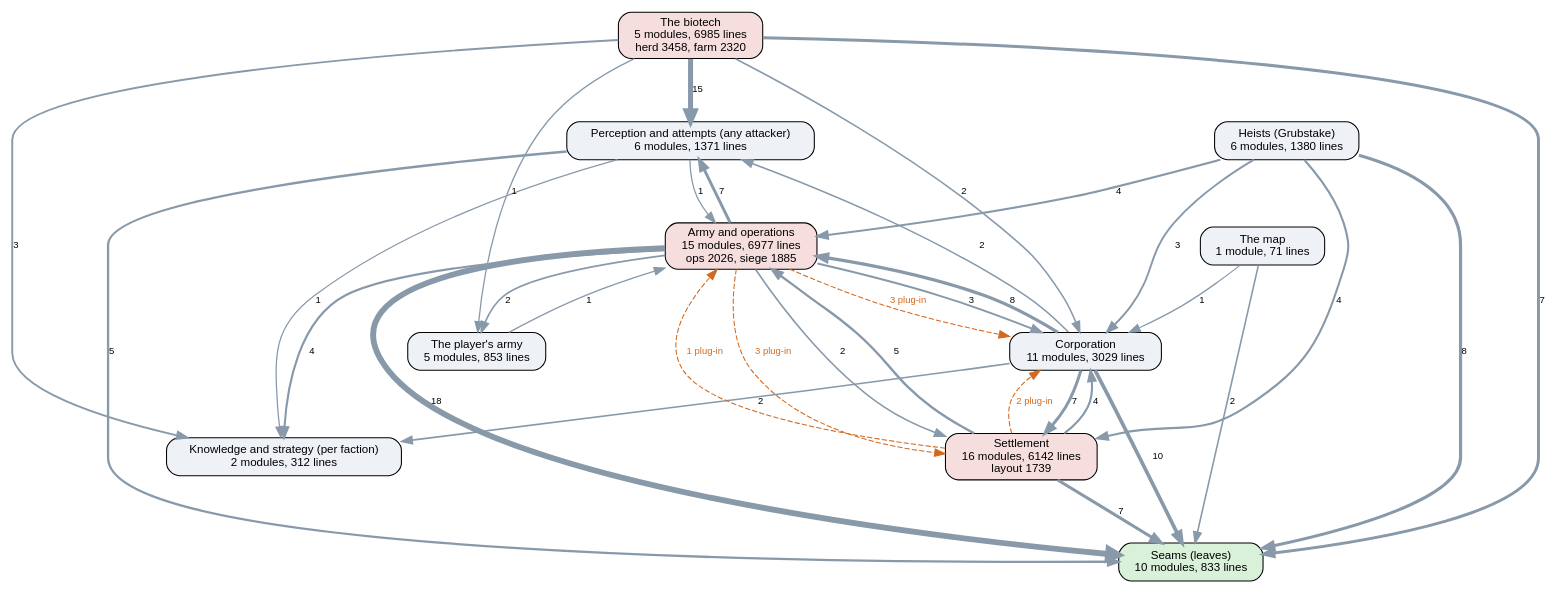
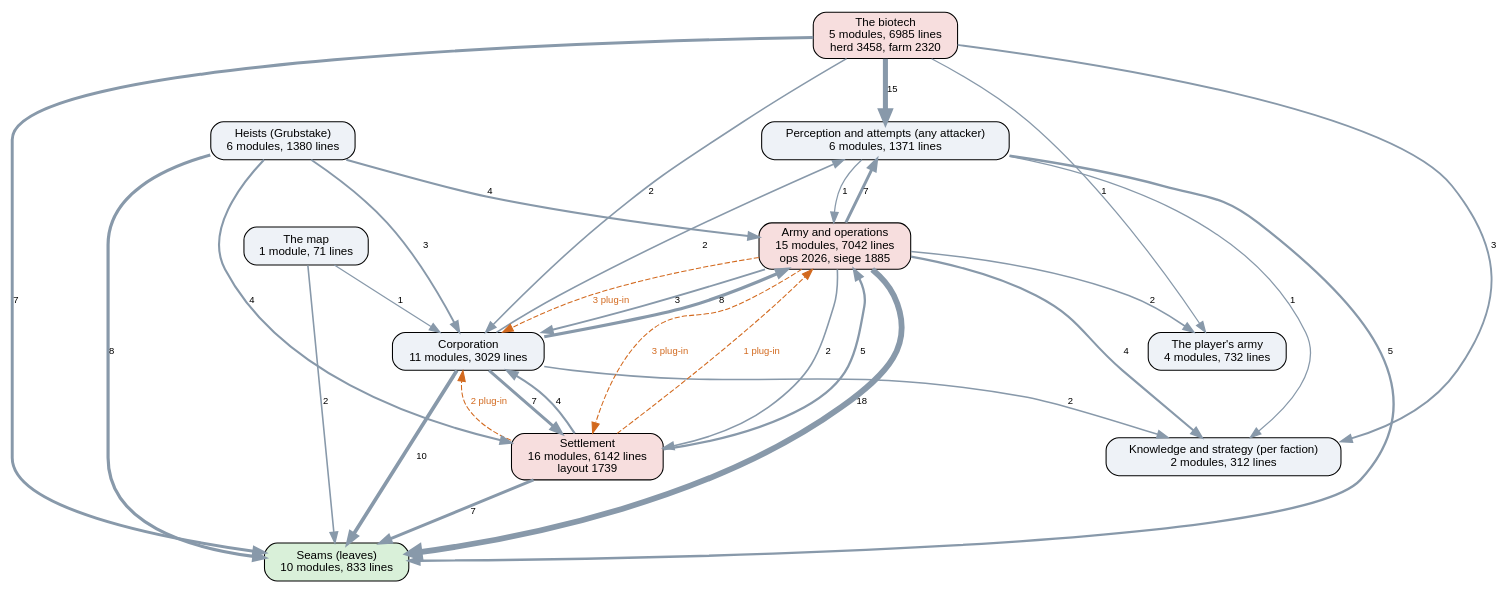
Before and after one commit to kinelhu/landing-party: the diagram in docs/ai-layers.dot, drawn with Graphviz. The commit also changed 19 other files, not shown here.

```diff
--- a/docs/ai-layers.dot
+++ b/docs/ai-layers.dot
@@ -1,48 +1,47 @@
 digraph layers {
   graph [rankdir=TB, fontname="Helvetica", nodesep=0.5, ranksep=0.7];
   node [shape=box, style="rounded,filled", fontname="Helvetica", fontsize=11, fillcolor="#eef2f7"];
   edge [color="#8899aa", fontname="Helvetica", fontsize=9];
   "Seams (leaves)" [label="Seams (leaves)\n10 modules, 833 lines", fillcolor="#d9f0d9"];
   "Perception and attempts (any attacker)" [label="Perception and attempts (any attacker)\n6 modules, 1371 lines", fillcolor="#eef2f7"];
   "Knowledge and strategy (per faction)" [label="Knowledge and strategy (per faction)\n2 modules, 312 lines", fillcolor="#eef2f7"];
   "Corporation" [label="Corporation\n11 modules, 3029 lines", fillcolor="#eef2f7"];
   "Settlement" [label="Settlement\n16 modules, 6142 lines\nlayout 1739", fillcolor="#f7dede"];
-  "Army and operations" [label="Army and operations\n15 modules, 6977 lines\nops 2026, siege 1885", fillcolor="#f7dede"];
+  "Army and operations" [label="Army and operations\n15 modules, 7042 lines\nops 2026, siege 1885", fillcolor="#f7dede"];
   "Heists (Grubstake)" [label="Heists (Grubstake)\n6 modules, 1380 lines", fillcolor="#eef2f7"];
   "The biotech" [label="The biotech\n5 modules, 6985 lines\nherd 3458, farm 2320", fillcolor="#f7dede"];
   "The map" [label="The map\n1 module, 71 lines", fillcolor="#eef2f7"];
-  "The player's army" [label="The player's army\n5 modules, 853 lines", fillcolor="#eef2f7"];
+  "The player's army" [label="The player's army\n4 modules, 732 lines", fillcolor="#eef2f7"];
   "Army and operations" -> "Corporation" [label="3", penwidth=1.8];
   "Army and operations" -> "Knowledge and strategy (per faction)" [label="4", penwidth=2.0];
   "Army and operations" -> "Perception and attempts (any attacker)" [label="7", penwidth=2.8];
   "Army and operations" -> "Seams (leaves)" [label="18", penwidth=5.5];
   "Army and operations" -> "Settlement" [label="2", penwidth=1.5];
   "Army and operations" -> "The player's army" [label="2", penwidth=1.5];
   "Corporation" -> "Army and operations" [label="8", penwidth=3.0];
   "Corporation" -> "Knowledge and strategy (per faction)" [label="2", penwidth=1.5];
   "Corporation" -> "Perception and attempts (any attacker)" [label="2", penwidth=1.5];
   "Corporation" -> "Seams (leaves)" [label="10", penwidth=3.5];
   "Corporation" -> "Settlement" [label="7", penwidth=2.8];
   "Heists (Grubstake)" -> "Army and operations" [label="4", penwidth=2.0];
   "Heists (Grubstake)" -> "Corporation" [label="3", penwidth=1.8];
   "Heists (Grubstake)" -> "Seams (leaves)" [label="8", penwidth=3.0];
   "Heists (Grubstake)" -> "Settlement" [label="4", penwidth=2.0];
   "Perception and attempts (any attacker)" -> "Army and operations" [label="1", penwidth=1.2];
   "Perception and attempts (any attacker)" -> "Knowledge and strategy (per faction)" [label="1", penwidth=1.2];
   "Perception and attempts (any attacker)" -> "Seams (leaves)" [label="5", penwidth=2.2];
   "Settlement" -> "Army and operations" [label="5", penwidth=2.2];
   "Settlement" -> "Corporation" [label="4", penwidth=2.0];
   "Settlement" -> "Seams (leaves)" [label="7", penwidth=2.8];
   "The biotech" -> "Corporation" [label="2", penwidth=1.5];
   "The biotech" -> "Knowledge and strategy (per faction)" [label="3", penwidth=1.8];
   "The biotech" -> "Perception and attempts (any attacker)" [label="15", penwidth=4.8];
   "The biotech" -> "Seams (leaves)" [label="7", penwidth=2.8];
   "The biotech" -> "The player's army" [label="1", penwidth=1.2];
   "The map" -> "Corporation" [label="1", penwidth=1.2];
   "The map" -> "Seams (leaves)" [label="2", penwidth=1.5];
-  "The player's army" -> "Army and operations" [label="1", penwidth=1.2];
   "Army and operations" -> "Corporation" [style=dashed, color="#d2691e", fontcolor="#d2691e", label="3 plug-in"];
   "Army and operations" -> "Settlement" [style=dashed, color="#d2691e", fontcolor="#d2691e", label="3 plug-in"];
   "Settlement" -> "Army and operations" [style=dashed, color="#d2691e", fontcolor="#d2691e", label="1 plug-in"];
   "Settlement" -> "Corporation" [style=dashed, color="#d2691e", fontcolor="#d2691e", label="2 plug-in"];
 }
```
